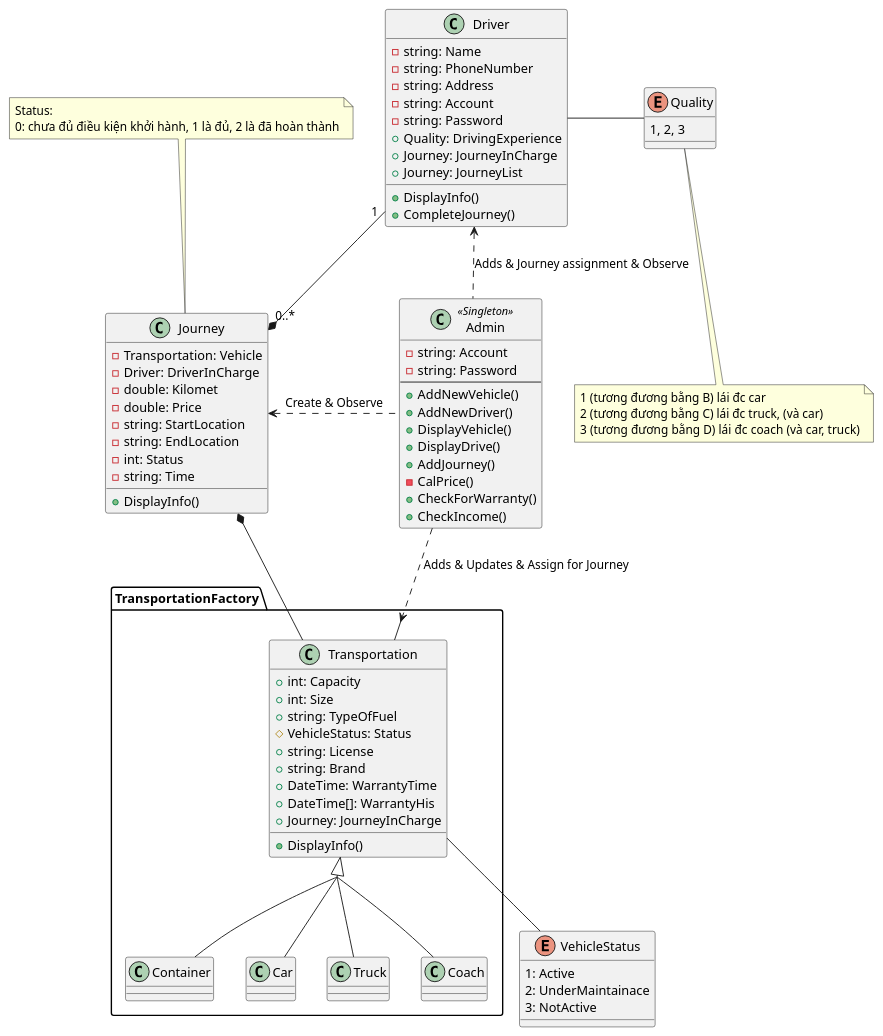
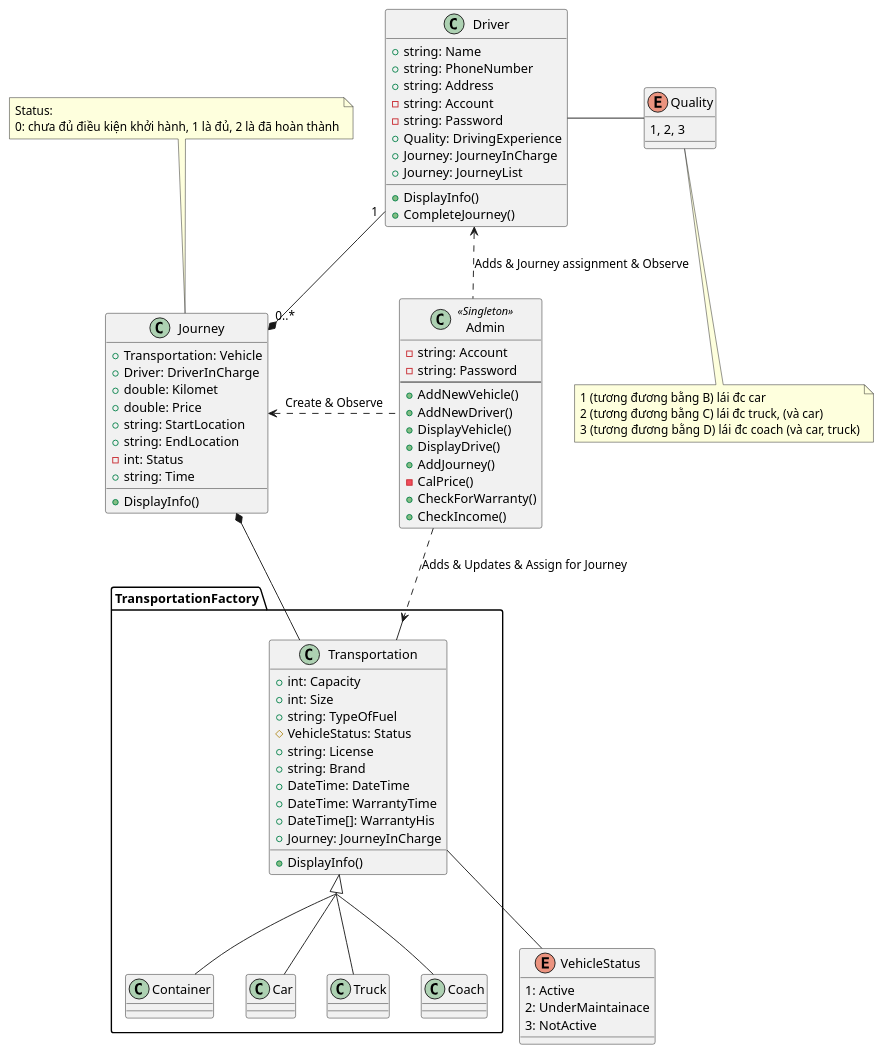
One commit to SirGreen/BTL-LTNC changed the diagram in Diagram/BTL-LTNC.plantuml. Above: the diagram before and after it, drawn with PlantUML. The commit also changed 2 other files, not shown here.

Commit message:
update diagram

```diff
--- a/Diagram/BTL-LTNC.plantuml
+++ b/Diagram/BTL-LTNC.plantuml
@@ -1,102 +1,103 @@
 @startuml quan_ly_xe
 skinparam groupInheritance 3
 
 package TransportationFactory <<Folder>>{
 
     class Transportation{
         + int: Capacity
         + int: Size
         + string: TypeOfFuel
         # VehicleStatus: Status
         + string: License
         + string: Brand
+        + DateTime: DateTime
         + DateTime: WarrantyTime
         + DateTime[]: WarrantyHis
         + Journey: JourneyInCharge
         + DisplayInfo()
     }
 
     class Container{  
     }
 
     class Car{
     }
 
     class Truck{
     }
 
     class Coach {
     }
 }
 
 enum VehicleStatus{
     1: Active
     2: UnderMaintainace
     3: NotActive
 }
 class Driver{
-    - string: Name
-    - string: PhoneNumber
-    - string: Address
+    + string: Name
+    + string: PhoneNumber
+    + string: Address
     - string: Account
     - string: Password
     + Quality: DrivingExperience
     + Journey: JourneyInCharge
     + Journey: JourneyList
     + DisplayInfo()
     + CompleteJourney() 
 }
 
 class Journey{
-    - Transportation: Vehicle
-    - Driver: DriverInCharge
-    - double: Kilomet
-    - double: Price
-    - string: StartLocation
-    - string: EndLocation
+    + Transportation: Vehicle
+    + Driver: DriverInCharge
+    + double: Kilomet
+    + double: Price
+    + string: StartLocation
+    + string: EndLocation
     - int: Status
-    - string: Time
+    + string: Time
     + DisplayInfo()
 }
 
 note top of Journey
 Status:
 0: chưa đủ điều kiện khởi hành, 1 là đủ, 2 là đã hoàn thành
 end note
 
 class Admin <<Singleton>>{
     - string: Account
     - string: Password
     --
     + AddNewVehicle()
     + AddNewDriver()
     + DisplayVehicle()
     + DisplayDrive()
     + AddJourney()
     - CalPrice()
     + CheckForWarranty()
     + CheckIncome()
 }
 
 enum Quality{
     1, 2, 3
 }
 
 note bottom of Quality
 1 (tương đương bằng B) lái đc car 
 2 (tương đương bằng C) lái đc truck, (và car)
 3 (tương đương bằng D) lái đc coach (và car, truck)
 end note
 
 Transportation <|-- Truck
 Transportation <|-- Car
 Transportation <|-- Coach
 Transportation <|-- Container
 Driver -right- Quality
 Driver "1"-down-* "0..*"Journey
 VehicleStatus -up- Transportation
 Admin -down[dashed]-> Transportation: Adds & Updates & Assign for Journey
 Admin -left[dashed]-> Driver: Adds & Journey assignment & Observe
 Journey <-right[dashed]- Admin: Create & Observe
 Transportation -left-*Journey
 @enduml
```
